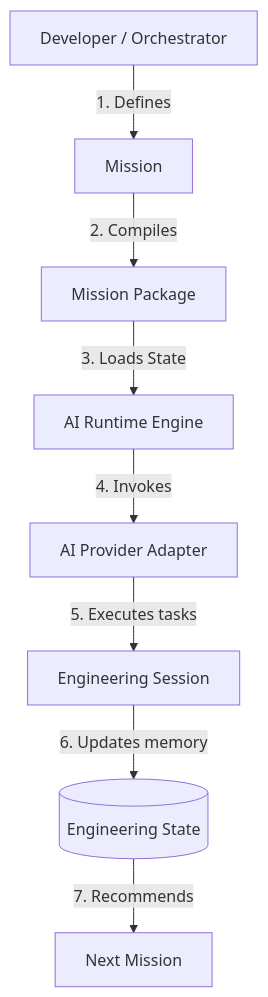
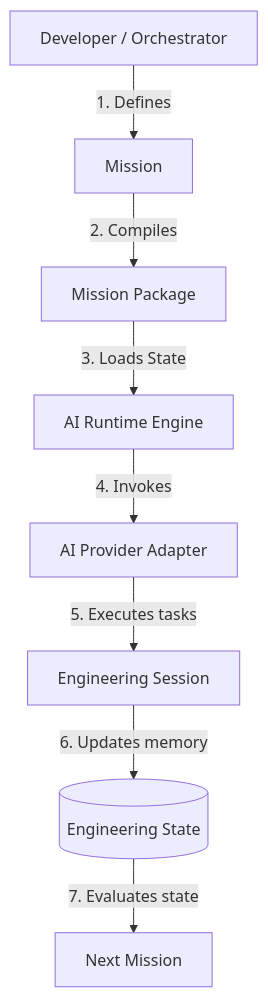
One commit to adityabriananto/flowforge changed the diagram in README.md. Above: the diagram before and after it, drawn with Mermaid. The commit also changed other lines of this file and 1 other file, not shown here.

````diff
--- a/README.md
+++ b/README.md
@@ -47,10 +64,10 @@
 ```mermaid
 graph TD
     Developer[Developer / Orchestrator] -->|1. Defines| Mission[Mission]
     Mission -->|2. Compiles| MissionPackage[Mission Package]
     MissionPackage -->|3. Loads State| Runtime[AI Runtime Engine]
     Runtime -->|4. Invokes| Provider[AI Provider Adapter]
     Provider -->|5. Executes tasks| Session[Engineering Session]
     Session -->|6. Updates memory| EngineeringState[(Engineering State)]
-    EngineeringState -->|7. Recommends| NextMission[Next Mission]
+    EngineeringState -->|7. Evaluates state| NextMission[Next Mission]
 ```
````
